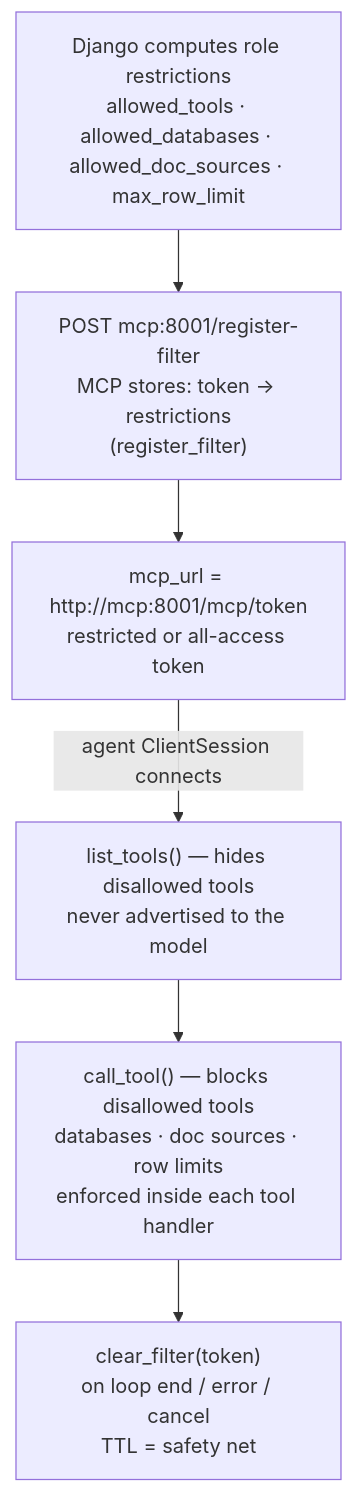
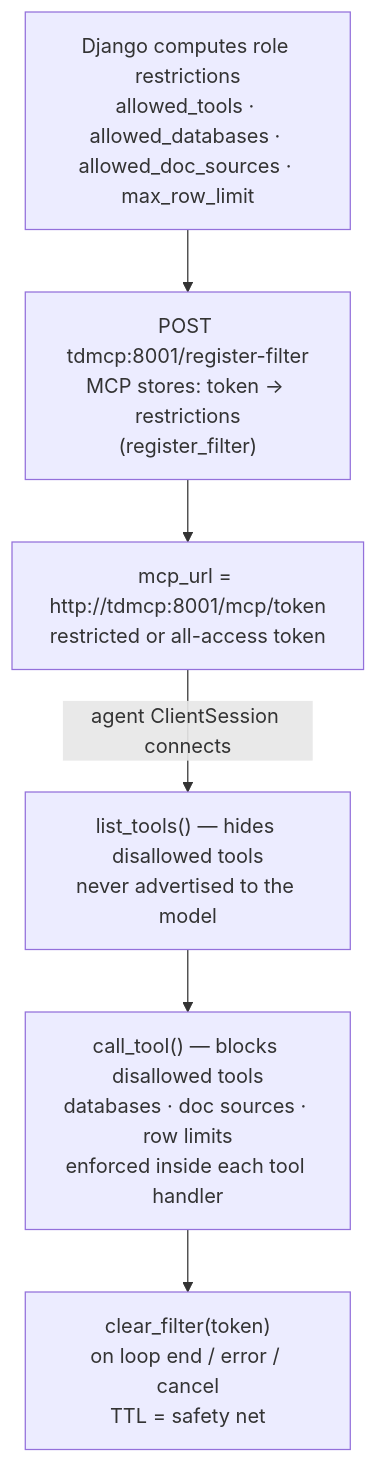
Before and after one commit to mpospirit-apps/TetherDust: the third of 3 diagrams in documentations/TetherDust Documentation/3. Agent Integrations/4. Direct API Agent.md, drawn with Mermaid. The commit also changed other lines of this file and 73 other files, not shown here.

Commit message:
chore: move mcp_server to root as tdmcp and align service, container, and configuration naming

````diff
--- a/documentations/TetherDust Documentation/3. Agent Integrations/4. Direct API Agent.md
+++ b/documentations/TetherDust Documentation/3. Agent Integrations/4. Direct API Agent.md
@@ -198,15 +198,15 @@
 ```mermaid
 flowchart TD
     Restrictions["Django computes role restrictions<br/>allowed_tools · allowed_databases · allowed_doc_sources · max_row_limit"]
-    Register["POST mcp:8001/register-filter<br/>MCP stores: token → restrictions<br/>(register_filter)"]
-    URL["mcp_url = http://mcp:8001/mcp/token<br/>restricted or all-access token"]
+    Register["POST tdmcp:8001/register-filter<br/>MCP stores: token → restrictions<br/>(register_filter)"]
+    URL["mcp_url = http://tdmcp:8001/mcp/token<br/>restricted or all-access token"]
     ListTools["list_tools() — hides disallowed tools<br/>never advertised to the model"]
     CallTool["call_tool() — blocks disallowed tools<br/>databases · doc sources · row limits<br/>enforced inside each tool handler"]
     Clear["clear_filter(token)<br/>on loop end / error / cancel<br/>TTL = safety net"]
 
     Restrictions --> Register
     Register --> URL
     URL -->|"agent ClientSession connects"| ListTools
     ListTools --> CallTool
     CallTool --> Clear
 ```
````
